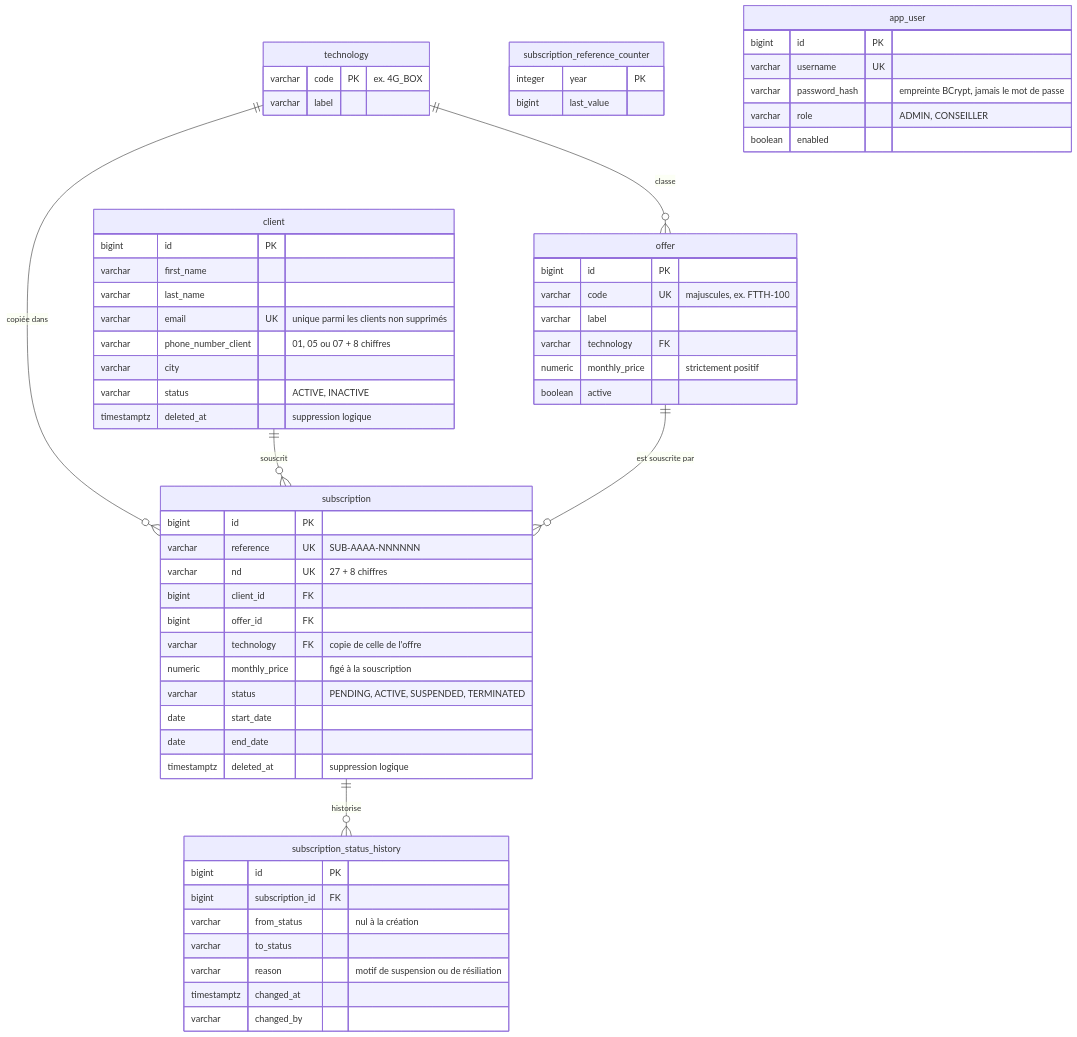
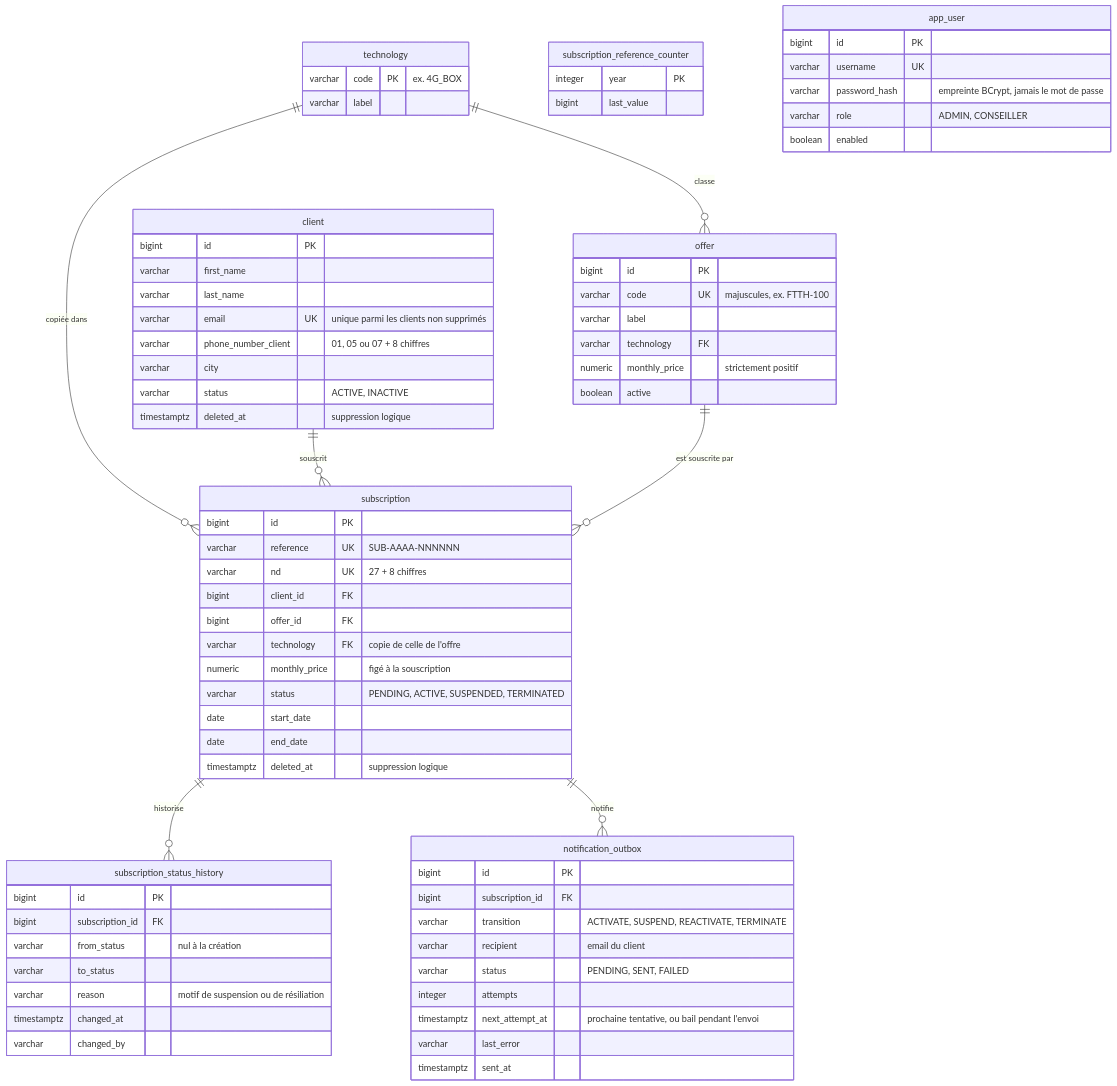
One commit to Ultimatu/subscription-test-api changed the diagram in docs/base-de-donnees.md. Above: the diagram before and after it, drawn with Mermaid. The commit also changed other lines of this file and 35 other files, not shown here.

First line of the commit message:
feat: email the client on every status change through an outbox

````diff
--- a/docs/base-de-donnees.md
+++ b/docs/base-de-donnees.md
@@ -7,64 +7,76 @@
 ```mermaid
 erDiagram
     technology ||--o{ offer : "classe"
     technology ||--o{ subscription : "copiée dans"
     client ||--o{ subscription : "souscrit"
     offer ||--o{ subscription : "est souscrite par"
     subscription ||--o{ subscription_status_history : "historise"
+    subscription ||--o{ notification_outbox : "notifie"
 
     technology {
         varchar code PK "ex. 4G_BOX"
         varchar label
     }
     offer {
         bigint id PK
         varchar code UK "majuscules, ex. FTTH-100"
         varchar label
         varchar technology FK
         numeric monthly_price "strictement positif"
         boolean active
     }
     client {
         bigint id PK
         varchar first_name
         varchar last_name
         varchar email UK "unique parmi les clients non supprimés"
         varchar phone_number_client "01, 05 ou 07 + 8 chiffres"
         varchar city
         varchar status "ACTIVE, INACTIVE"
         timestamptz deleted_at "suppression logique"
     }
     subscription {
         bigint id PK
         varchar reference UK "SUB-AAAA-NNNNNN"
         varchar nd UK "27 + 8 chiffres"
         bigint client_id FK
         bigint offer_id FK
         varchar technology FK "copie de celle de l'offre"
         numeric monthly_price "figé à la souscription"
         varchar status "PENDING, ACTIVE, SUSPENDED, TERMINATED"
         date start_date
         date end_date
         timestamptz deleted_at "suppression logique"
     }
     subscription_status_history {
         bigint id PK
         bigint subscription_id FK
         varchar from_status "nul à la création"
         varchar to_status
         varchar reason "motif de suspension ou de résiliation"
         timestamptz changed_at
         varchar changed_by
     }
+    notification_outbox {
+        bigint id PK
+        bigint subscription_id FK
+        varchar transition "ACTIVATE, SUSPEND, REACTIVATE, TERMINATE"
+        varchar recipient "email du client"
+        varchar status "PENDING, SENT, FAILED"
+        integer attempts
+        timestamptz next_attempt_at "prochaine tentative, ou bail pendant l'envoi"
+        varchar last_error
+        timestamptz sent_at
+    }
     subscription_reference_counter {
         integer year PK
         bigint last_value
     }
     app_user {
         bigint id PK
         varchar username UK
         varchar password_hash "empreinte BCrypt, jamais le mot de passe"
         varchar role "ADMIN, CONSEILLER"
         boolean enabled
     }
 ```
````
